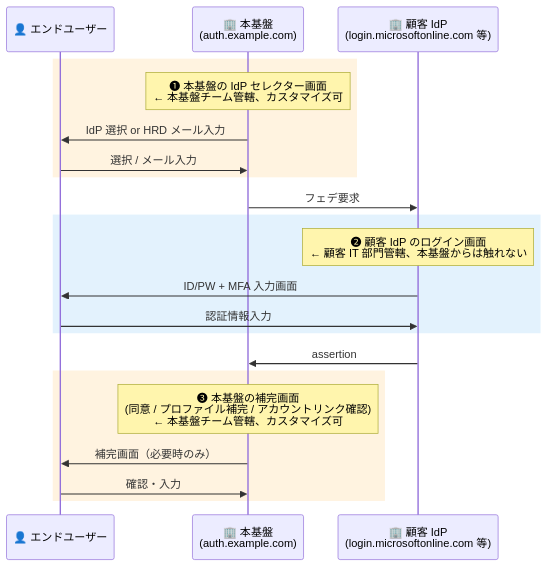
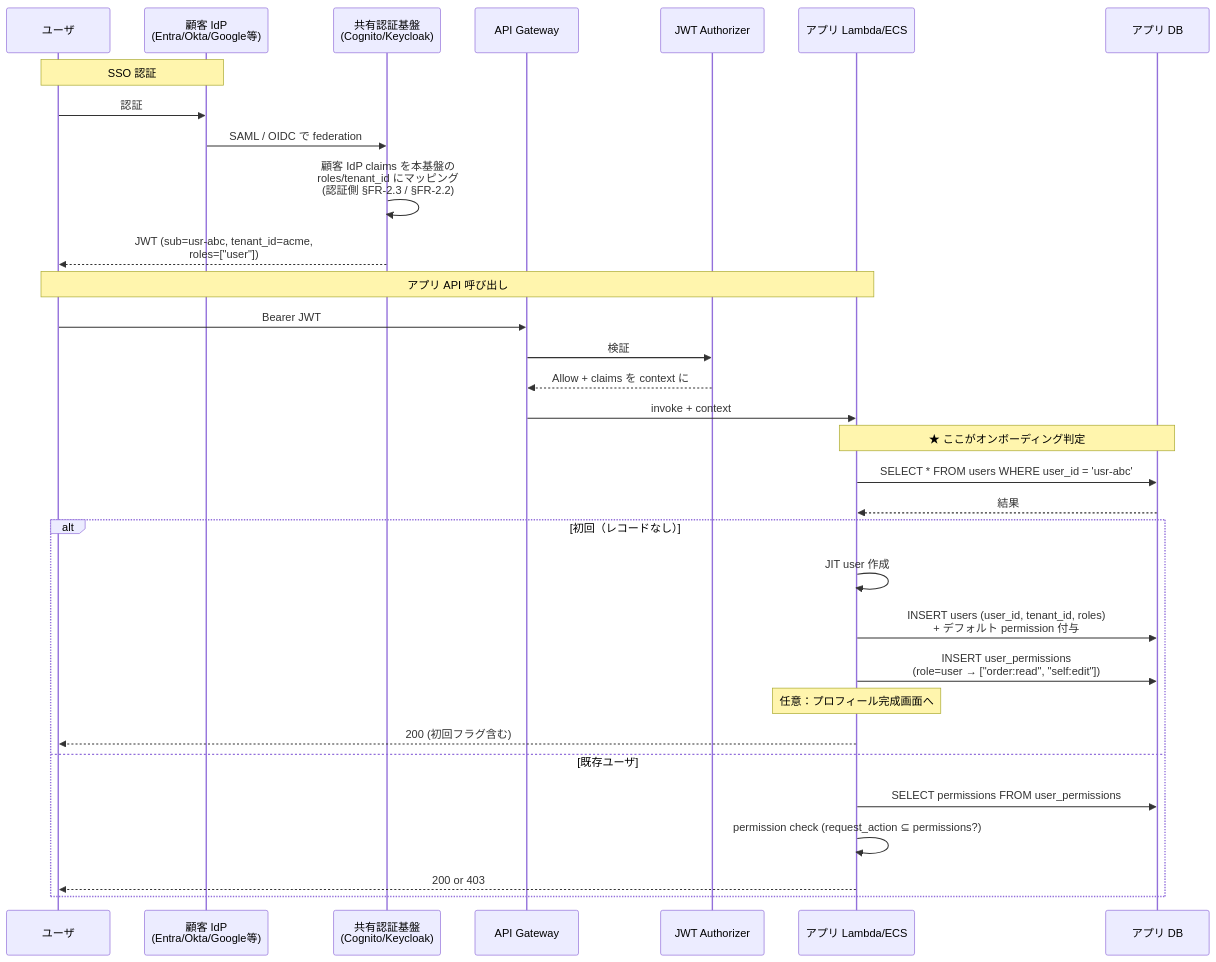
The first of 3 diagrams in doc/tmp.md (suepie/aws-atuh-poc), drawn with Mermaid before and after one commit. The commit also changed 12 other files, not shown here.

````diff
--- a/doc/tmp.md
+++ b/doc/tmp.md
@@ -1,28 +1,39 @@
 ```mermaid
 sequenceDiagram
-    participant User as 👤 エンドユーザー
-    participant Hub as 🏢 本基盤<br/>(auth.example.com)
-    participant IdP as 🏢 顧客 IdP<br/>(login.microsoftonline.com 等)
+    participant U as ユーザ
+    participant IdP as 顧客 IdP<br/>(Entra/Okta/Google等)
+    participant Auth as 共有認証基盤<br/>(Cognito/Keycloak)
+    participant APIGW as API Gateway
+    participant Authz as JWT Authorizer
+    participant App as アプリ Lambda/ECS
+    participant DB as アプリ DB
 
-    rect rgb(255, 243, 224)
-    Note over Hub: ❶ 本基盤の IdP セレクター画面<br/>← 本基盤チーム管轄、カスタマイズ可
-    Hub->>User: IdP 選択 or HRD メール入力
-    User->>Hub: 選択 / メール入力
+    Note over U,IdP: SSO 認証
+    U->>IdP: 認証
+    IdP->>Auth: SAML / OIDC で federation
+    Auth->>Auth: 顧客 IdP claims を本基盤の<br/>roles/tenant_id にマッピング<br/>(認証側 §FR-2.3 / §FR-2.2)
+    Auth-->>U: JWT (sub=usr-abc, tenant_id=acme,<br/>roles=["user"])
+
+    Note over U,App: アプリ API 呼び出し
+    U->>APIGW: Bearer JWT
+    APIGW->>Authz: 検証
+    Authz-->>APIGW: Allow + claims を context に
+    APIGW->>App: invoke + context
+
+    Note over App,DB: ★ ここがオンボーディング判定
+    App->>DB: SELECT * FROM users WHERE user_id = 'usr-abc'
+    DB-->>App: 結果
+
+    alt 初回（レコードなし）
+        App->>App: JIT user 作成
+        App->>DB: INSERT users (user_id, tenant_id, roles)<br/>+ デフォルト permission 付与
+        App->>DB: INSERT user_permissions<br/>(role=user → ["order:read", "self:edit"])
+        Note over App: 任意：プロフィール完成画面へ
+        App-->>U: 200 (初回フラグ含む)
+    else 既存ユーザ
+        App->>DB: SELECT permissions FROM user_permissions
+        App->>App: permission check (request_action ⊆ permissions?)
+        App-->>U: 200 or 403
     end
 
-    Hub->>IdP: フェデ要求
-
-    rect rgb(227, 242, 253)
-    Note over IdP: ❷ 顧客 IdP のログイン画面<br/>← 顧客 IT 部門管轄、本基盤からは触れない
-    IdP->>User: ID/PW + MFA 入力画面
-    User->>IdP: 認証情報入力
-    end
-
-    IdP->>Hub: assertion
-
-    rect rgb(255, 243, 224)
-    Note over Hub: ❸ 本基盤の補完画面<br/>(同意 / プロファイル補完 / アカウントリンク確認)<br/>← 本基盤チーム管轄、カスタマイズ可
-    Hub->>User: 補完画面（必要時のみ）
-    User->>Hub: 確認・入力
-    end
 ```
````
